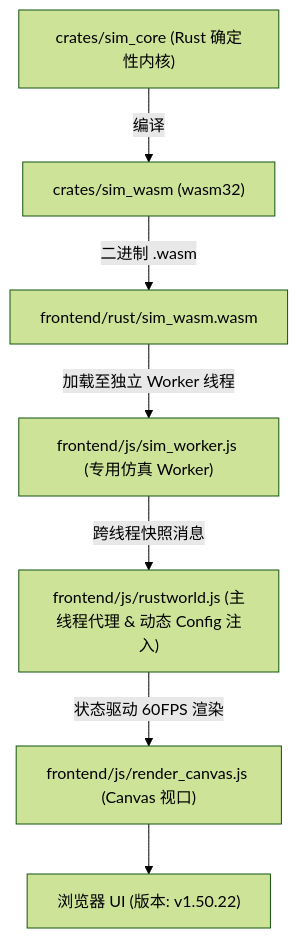
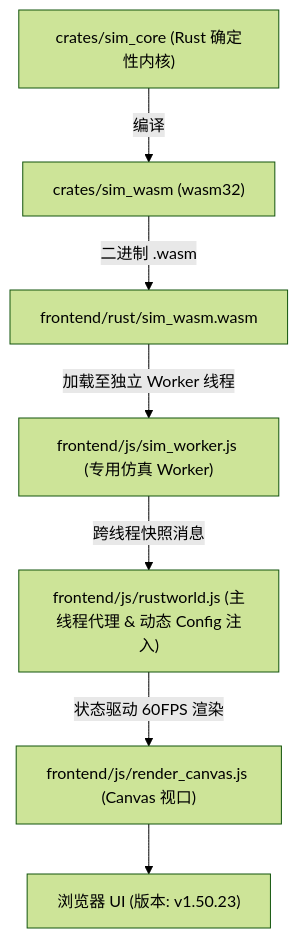
One commit to g39088902/FlowAndAccord changed the diagram in AGENTS.md. Above: the diagram before and after it, drawn with Mermaid (forest theme). The commit also changed other lines of this file and 24 other files, not shown here.

````diff
--- a/AGENTS.md
+++ b/AGENTS.md
@@ -62,9 +62,9 @@
 ```mermaid
 graph TD
     A["crates/sim_core (Rust 确定性内核)"] -->|编译| B["crates/sim_wasm (wasm32)"]
     B -->|二进制 .wasm| C["frontend/rust/sim_wasm.wasm"]
     C -->|加载至独立 Worker 线程| D["frontend/js/sim_worker.js (专用仿真 Worker)"]
     D -->|跨线程快照消息| E["frontend/js/rustworld.js (主线程代理 & 动态 Config 注入)"]
     E -->|状态驱动 60FPS 渲染| F["frontend/js/render_canvas.js (Canvas 视口)"]
-    F --> G["浏览器 UI (版本: v1.50.22)"]
+    F --> G["浏览器 UI (版本: v1.50.23)"]
 ```
````
